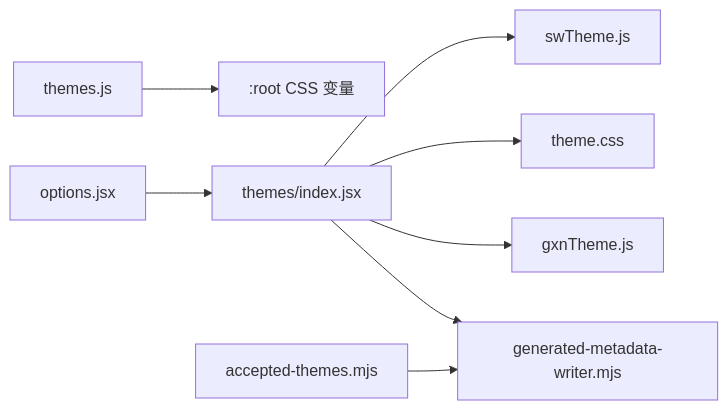
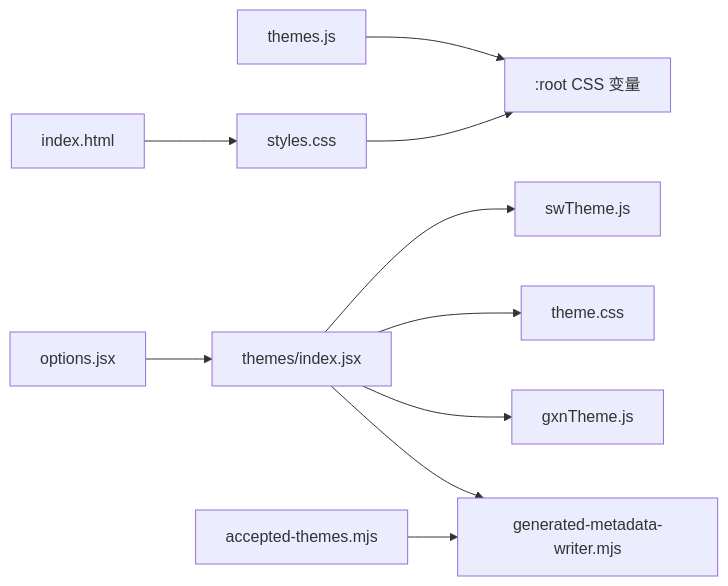
Before and after one commit to swond-Mao/Tiffa: the fourth of 4 diagrams in .qoder/repowiki/zh/content/用户界面/主题系统.md, drawn with Mermaid. The commit also changed other lines of this file and 49 other files, not shown here.

````diff
--- a/.qoder/repowiki/zh/content/用户界面/主题系统.md
+++ b/.qoder/repowiki/zh/content/用户界面/主题系统.md
@@ -232,10 +280,12 @@
 ```mermaid
 graph LR
 ThemesJS["themes.js"] --> RootVars[":root CSS 变量"]
+StylesCSS["styles.css"] --> RootVars
 IndexJS["themes/index.jsx"] --> Meta["generated-metadata-writer.mjs"]
 OptionsJS["options.jsx"] --> IndexJS
 Accepted["accepted-themes.mjs"] --> Meta
 IndexJS --> Theme02["gxnTheme.js"]
 IndexJS --> Theme03["theme.css"]
 IndexJS --> Theme12["swTheme.js"]
+IndexHTML["index.html"] --> StylesCSS
 ```
````
